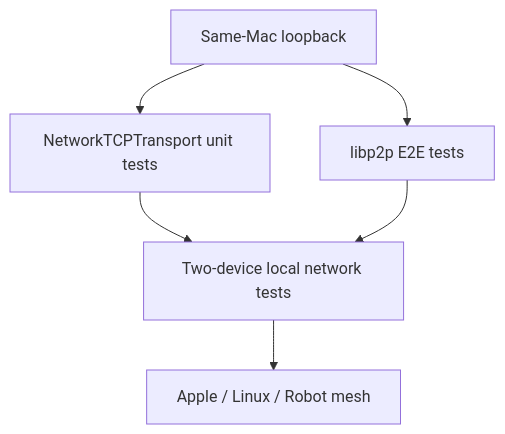
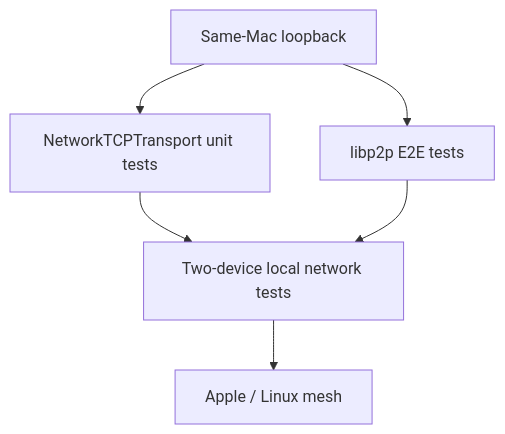
The second of 2 diagrams in README.md (1amageek/swift-peer-connectivity), drawn with Mermaid before and after one commit. The commit also changed other lines of this file, not shown here.

````diff
--- a/README.md
+++ b/README.md
@@ -73,8 +61,8 @@
 ```mermaid
 flowchart TD
     Loopback["Same-Mac loopback"] --> Transport["NetworkTCPTransport unit tests"]
     Loopback --> LibP2P["libp2p E2E tests"]
     Transport --> RealDevices["Two-device local network tests"]
     LibP2P --> RealDevices
-    RealDevices --> MixedMesh["Apple / Linux / Robot mesh"]
+    RealDevices --> MixedMesh["Apple / Linux mesh"]
 ```
````
